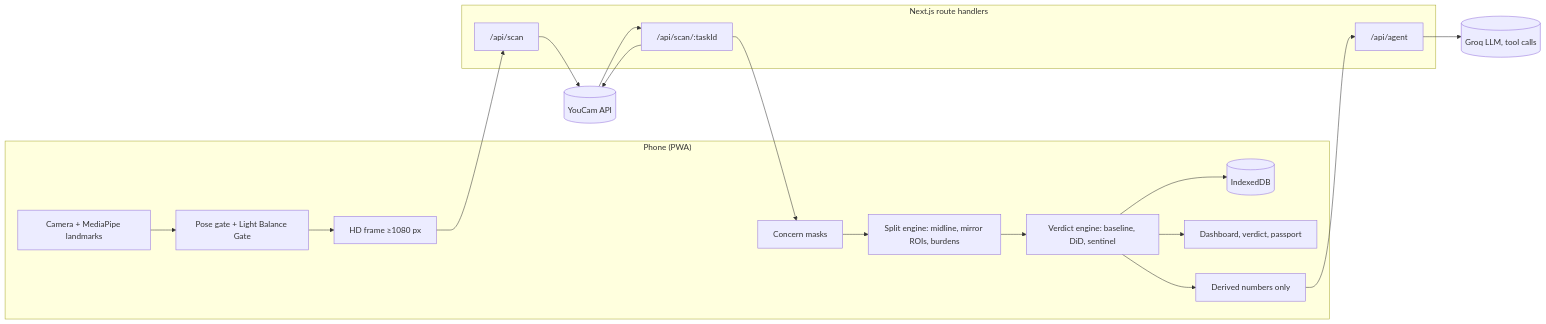
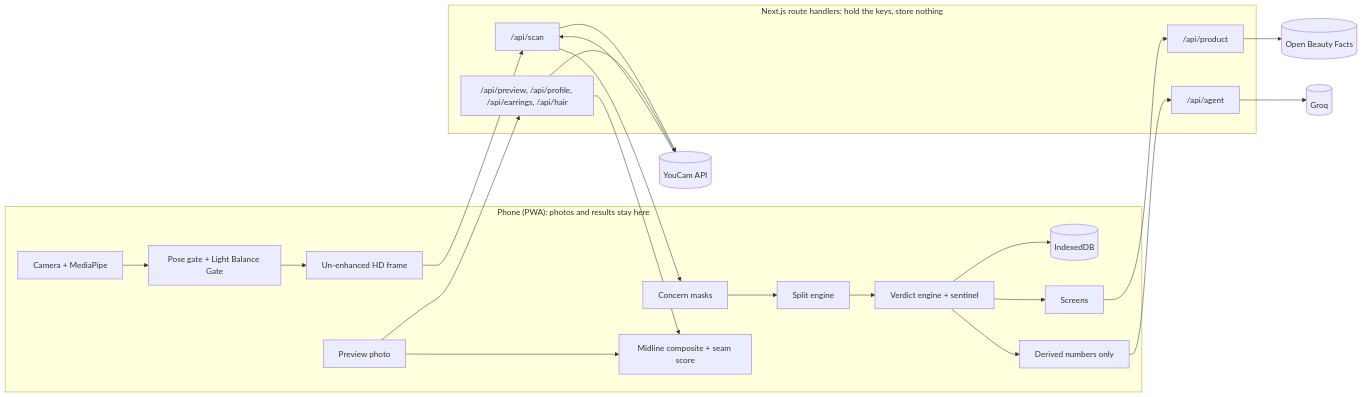
The diagram in README.md (LSUDOKO/SplitProof), drawn with Mermaid before and after one commit. The commit also changed other lines of this file and 20 other files, not shown here.

````diff
--- a/README.md
+++ b/README.md
@@ -65,21 +131,25 @@
 ```mermaid
 flowchart LR
-  subgraph Phone["Phone (PWA)"]
-    CAM[Camera + MediaPipe landmarks] --> GATE[Pose gate + Light Balance Gate]
-    GATE --> JPG[HD frame ≥1080 px]
-    MASKS[Concern masks] --> SPLIT[Split engine: midline, mirror ROIs, burdens]
-    SPLIT --> STATS[Verdict engine: baseline, DiD, sentinel]
+  subgraph Phone["Phone (PWA): photos and results stay here"]
+    CAM[Camera + MediaPipe] --> GATE[Pose gate + Light Balance Gate]
+    GATE --> JPG[Un-enhanced HD frame]
+    MASKS[Concern masks] --> SPLIT[Split engine]
+    SPLIT --> STATS[Verdict engine + sentinel]
     STATS --> IDB[(IndexedDB)]
-    STATS --> UI[Dashboard, verdict, passport]
+    STATS --> UI[Screens]
     STATS --> SUM[Derived numbers only]
+    PREV[Preview photo] --> COMP[Midline composite + seam score]
   end
-  subgraph Server["Next.js route handlers"]
-    SCAN["/api/scan"] 
-    POLL["/api/scan/:taskId"]
+  subgraph Server["Next.js route handlers: hold the keys, store nothing"]
+    SCAN["/api/scan"]
+    TASK["/api/preview, /api/profile, /api/earrings, /api/hair"]
     AGENT["/api/agent"]
+    PROD["/api/product"]
   end
   JPG --> SCAN --> YC[(YouCam API)]
-  POLL --> YC
-  YC --> POLL --> MASKS
-  SUM --> AGENT --> LLM[(Groq LLM, tool calls)]
+  YC --> SCAN --> MASKS
+  PREV --> TASK --> YC
+  TASK --> COMP
+  SUM --> AGENT --> LLM[(Groq)]
+  UI --> PROD --> OBF[(Open Beauty Facts)]
 ```
````
